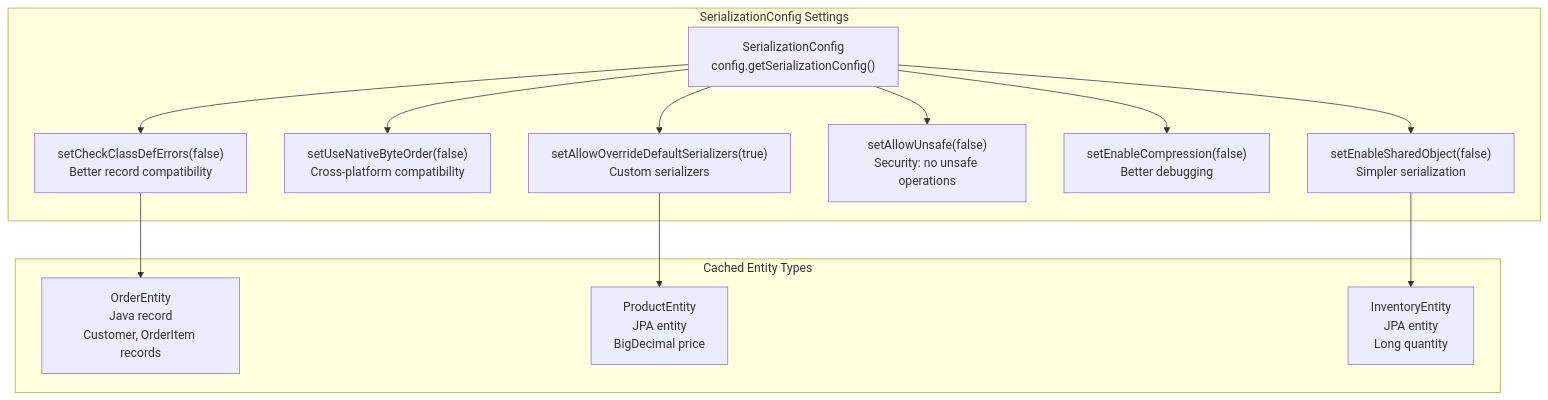
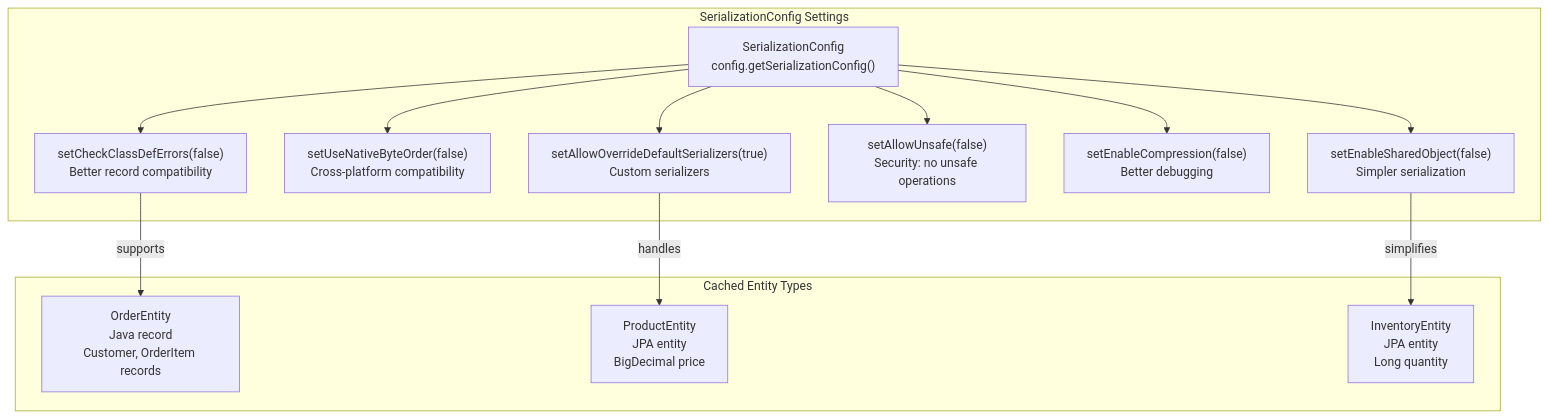
One commit to philipz/spring-modular-monolith changed the fourth of 4 diagrams in docs/deepwiki/Caching-with-Hazelcast.md. Above: the diagram before and after it, drawn with Mermaid. The commit also changed other lines of this file and 55 other files, not shown here.

````diff
--- a/docs/deepwiki/Caching-with-Hazelcast.md
+++ b/docs/deepwiki/Caching-with-Hazelcast.md
@@ -385,40 +385,40 @@
 ```mermaid
 flowchart TD
 
 SerConfig["SerializationConfig<br>config.getSerializationConfig()"]
 CheckClass["setCheckClassDefErrors(false)<br>Better record compatibility"]
 NativeByteOrder["setUseNativeByteOrder(false)<br>Cross-platform compatibility"]
 AllowOverride["setAllowOverrideDefaultSerializers(true)<br>Custom serializers"]
 AllowUnsafe["setAllowUnsafe(false)<br>Security: no unsafe operations"]
 Compression["setEnableCompression(false)<br>Better debugging"]
 SharedObject["setEnableSharedObject(false)<br>Simpler serialization"]
 OrderEntity["OrderEntity<br>Java record<br>Customer, OrderItem records"]
 ProductEntity["ProductEntity<br>JPA entity<br>BigDecimal price"]
 InventoryEntity["InventoryEntity<br>JPA entity<br>Long quantity"]
 
-CheckClass --> OrderEntity
-AllowOverride --> ProductEntity
-SharedObject --> InventoryEntity
+CheckClass -->|"supports"| OrderEntity
+AllowOverride -->|"handles"| ProductEntity
+SharedObject -->|"simplifies"| InventoryEntity
 
 subgraph subGraph1 ["Cached Entity Types"]
     OrderEntity
     ProductEntity
     InventoryEntity
 end
 
 subgraph subGraph0 ["SerializationConfig Settings"]
     SerConfig
     CheckClass
     NativeByteOrder
     AllowOverride
     AllowUnsafe
     Compression
     SharedObject
     SerConfig --> CheckClass
     SerConfig --> NativeByteOrder
     SerConfig --> AllowOverride
     SerConfig --> AllowUnsafe
     SerConfig --> Compression
     SerConfig --> SharedObject
 end
 ```
````
